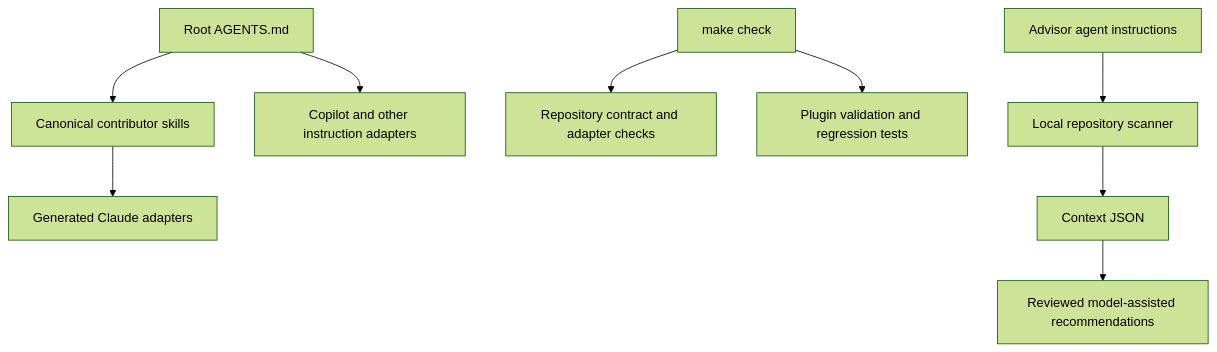
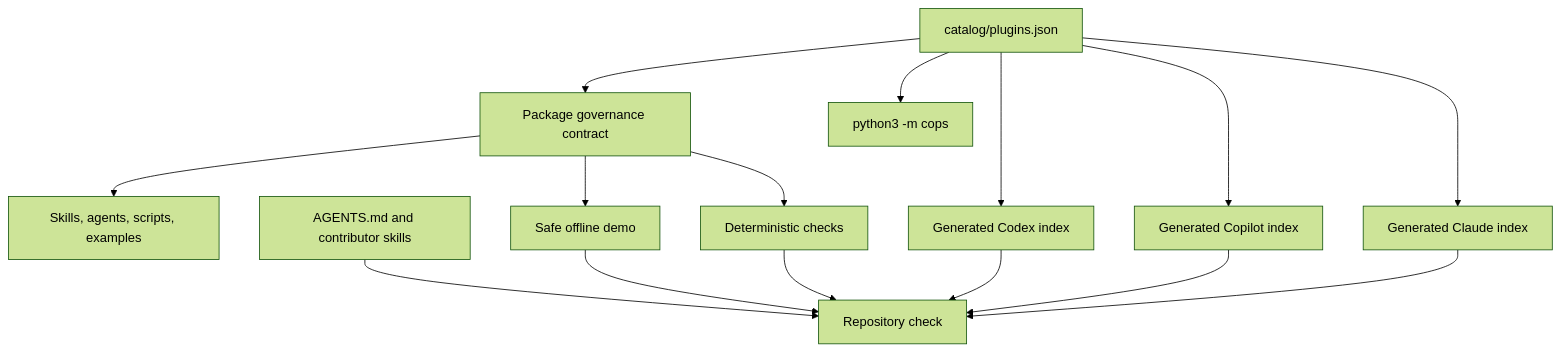
Before and after one commit to sodejm/copilot-operation-plugin-for-security: the diagram in ARCHITECTURE.md, drawn with Mermaid (forest theme). The commit also changed other lines of this file and 136 other files, not shown here.

````diff
--- a/ARCHITECTURE.md
+++ b/ARCHITECTURE.md
@@ -9,11 +7,17 @@
 ```mermaid
 flowchart TD
-    A[Root AGENTS.md] --> B[Canonical contributor skills]
-    B --> C[Generated Claude adapters]
-    A --> D[Copilot and other instruction adapters]
-    E[make check] --> F[Repository contract and adapter checks]
-    E --> G[Plugin validation and regression tests]
-    H[Advisor agent instructions] --> I[Local repository scanner]
-    I --> J[Context JSON]
-    J --> K[Reviewed model-assisted recommendations]
+    A[catalog/plugins.json] --> B[Package governance contract]
+    B --> C[Skills, agents, scripts, examples]
+    B --> D[Safe offline demo]
+    B --> E[Deterministic checks]
+    A --> F[python3 -m cops]
+    A --> G[Generated Codex index]
+    A --> H[Generated Copilot index]
+    A --> I[Generated Claude index]
+    J[AGENTS.md and contributor skills] --> K[Repository check]
+    D --> K
+    E --> K
+    G --> K
+    H --> K
+    I --> K
 ```
````
